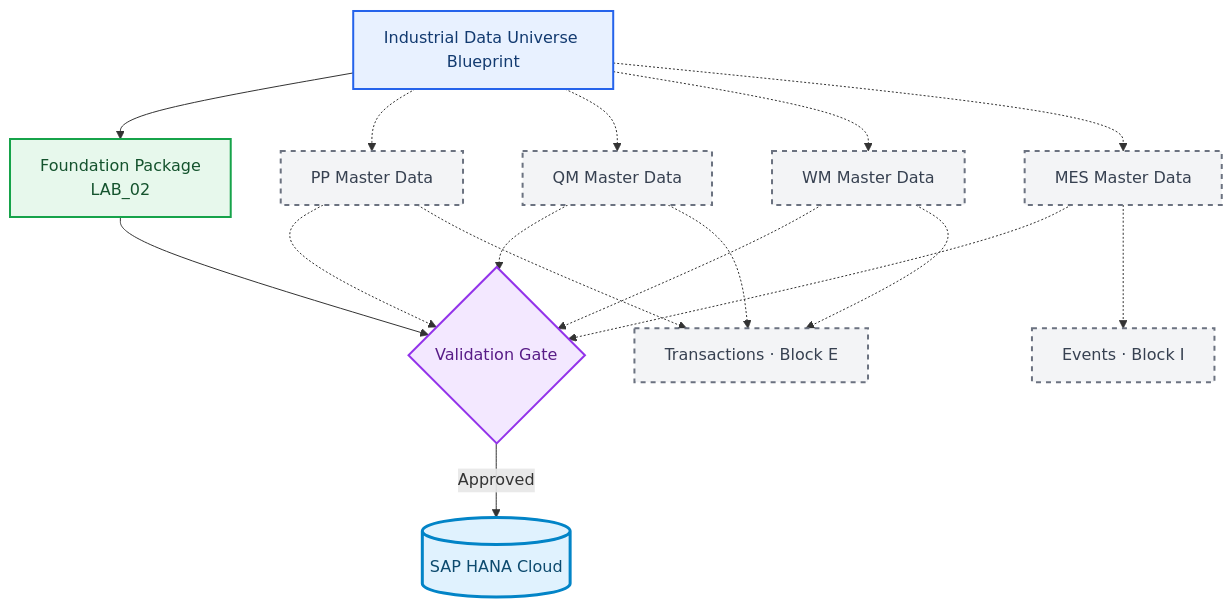
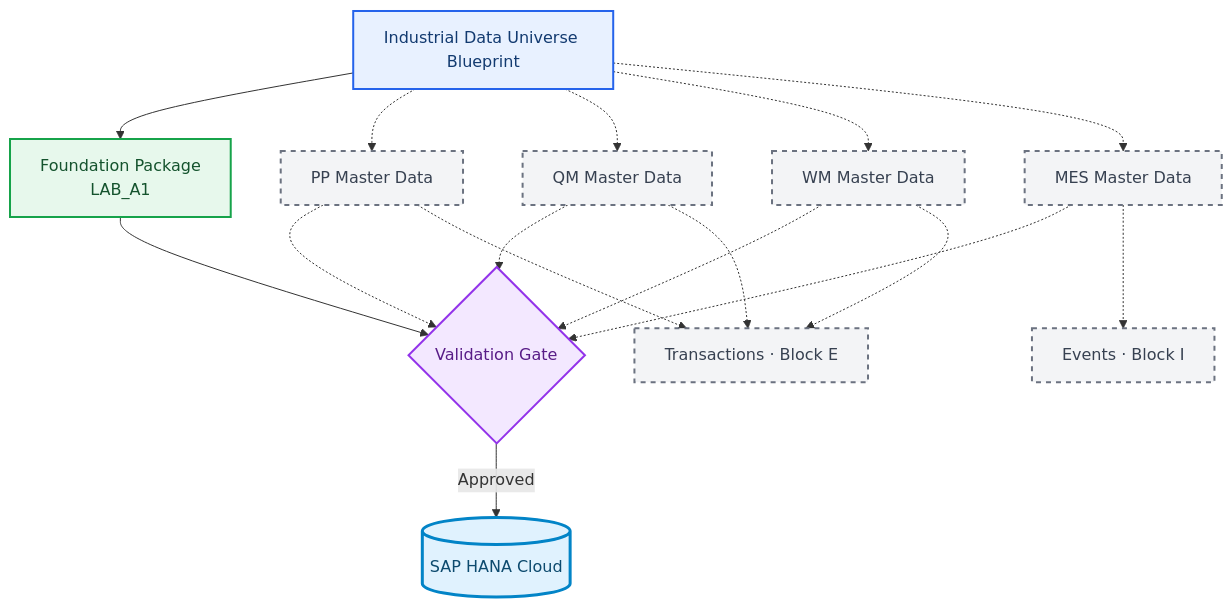
Before and after one commit to OrlandoCaetano2026/SAP_HANA_Cloud_Data_Engineering_Learning: the diagram in Industrial-Data-Universe/Blueprint/BR/industrial-data-universe-blueprint-v1.md, drawn with Mermaid. The commit also changed other lines of this file and 41 other files, not shown here.

````diff
--- a/Industrial-Data-Universe/Blueprint/BR/industrial-data-universe-blueprint-v1.md
+++ b/Industrial-Data-Universe/Blueprint/BR/industrial-data-universe-blueprint-v1.md
@@ -16,29 +16,29 @@
 ```mermaid
 flowchart TB
     BP["Industrial Data Universe Blueprint"]:::blueprint
-    F["Foundation Package<br/>LAB_02"]:::active
+    F["Foundation Package<br/>LAB_A1"]:::active
     PP["PP Master Data"]:::future
     QM["QM Master Data"]:::future
     WM["WM Master Data"]:::future
     MES["MES Master Data"]:::future
     TX["Transactions · Block E"]:::future
     EV["Events · Block I"]:::future
     V{"Validation Gate"}:::decision
     H[("SAP HANA Cloud")]:::hana
 
     BP --> F --> V -->|"Approved"| H
     BP -.-> PP -.-> V
     BP -.-> QM -.-> V
     BP -.-> WM -.-> V
     BP -.-> MES -.-> V
     PP -.-> TX
     QM -.-> TX
     WM -.-> TX
     MES -.-> EV
 
     classDef blueprint fill:#E8F1FF,stroke:#2563EB,color:#123A70,stroke-width:2px;
     classDef active fill:#E7F8EC,stroke:#16A34A,color:#14532D,stroke-width:2px;
     classDef future fill:#F3F4F6,stroke:#6B7280,color:#374151,stroke-width:2px,stroke-dasharray:5 5;
     classDef decision fill:#F3E8FF,stroke:#9333EA,color:#581C87,stroke-width:2px;
     classDef hana fill:#E0F2FE,stroke:#0284C7,color:#0C4A6E,stroke-width:3px;
 ```
````
